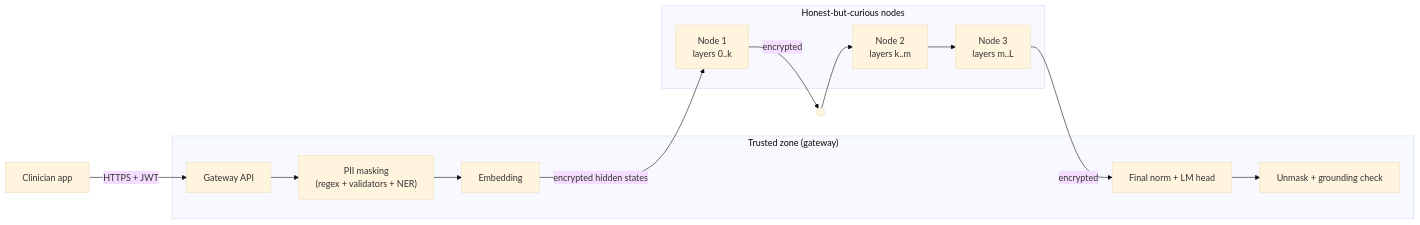
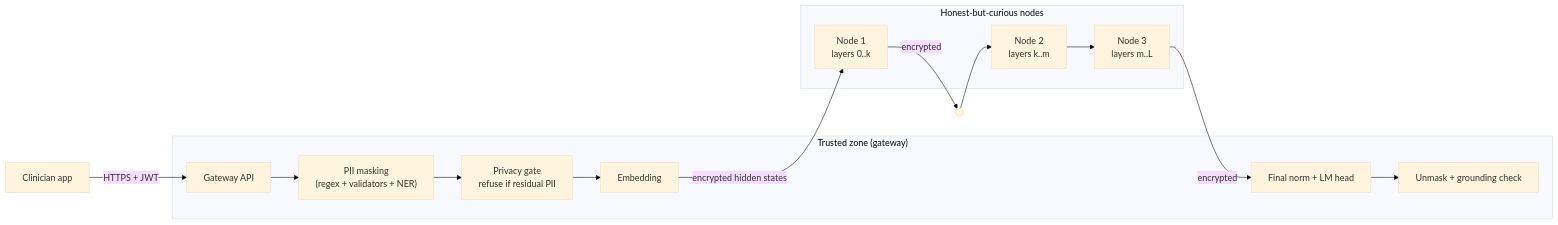
The diagram in docs/THREAT_MODEL.md (yagmurtncr/secure-clinical-llm), drawn with Mermaid (base theme) before and after one commit. The commit also changed other lines of this file, not shown here.

Commit message:
Threat model: privacy gate, measured masking leakage, noise is not a defense

````diff
--- a/docs/THREAT_MODEL.md
+++ b/docs/THREAT_MODEL.md
@@ -9,17 +9,18 @@
 ```mermaid
 flowchart LR
     C["Clinician app"] -- "HTTPS + JWT" --> G
     subgraph Trusted["Trusted zone (gateway)"]
         G["Gateway API"] --> PII["PII masking<br/>(regex + validators + NER)"]
-        PII --> EMB["Embedding"]
+        PII --> GATE["Privacy gate<br/>refuse if residual PII"]
+        GATE --> EMB["Embedding"]
         HEAD["Final norm + LM head"] --> UN["Unmask + grounding check"]
     end
     EMB -- "encrypted hidden states" --> N1["Node 1<br/>layers 0..k"]
     N1 -- "encrypted" --> G2(( ))
     subgraph Untrusted["Honest-but-curious nodes"]
         N1
         N2["Node 2<br/>layers k..m"]
         N3["Node 3<br/>layers m..L"]
     end
     G2 --> N2 --> N3 -- "encrypted" --> HEAD
 ```
````
